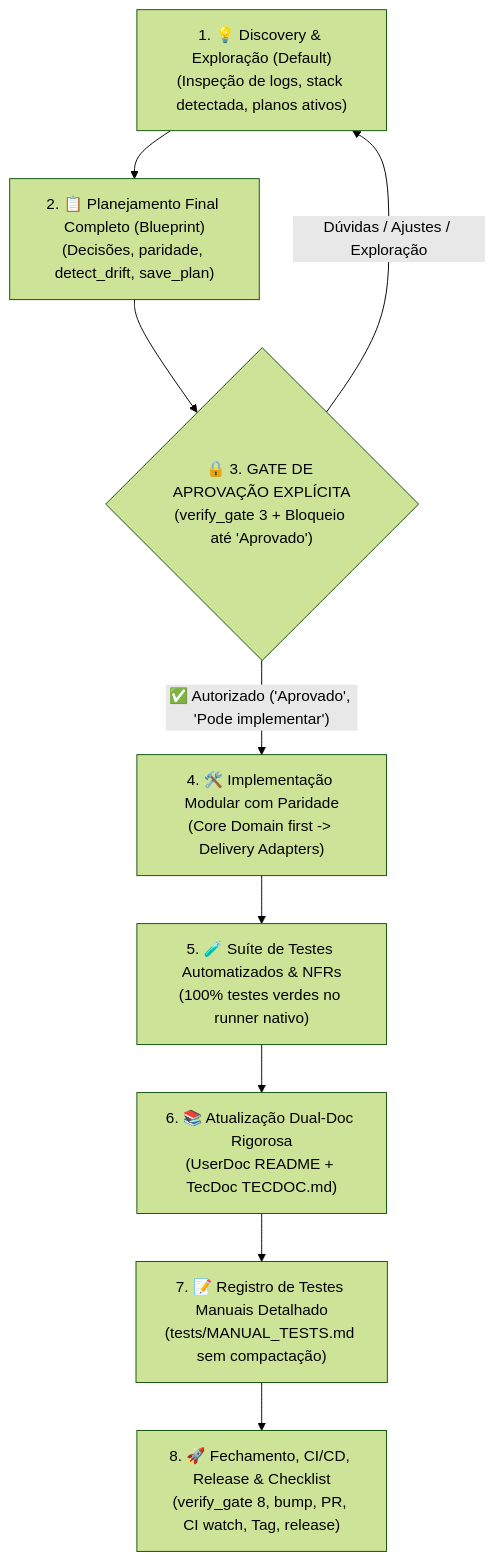
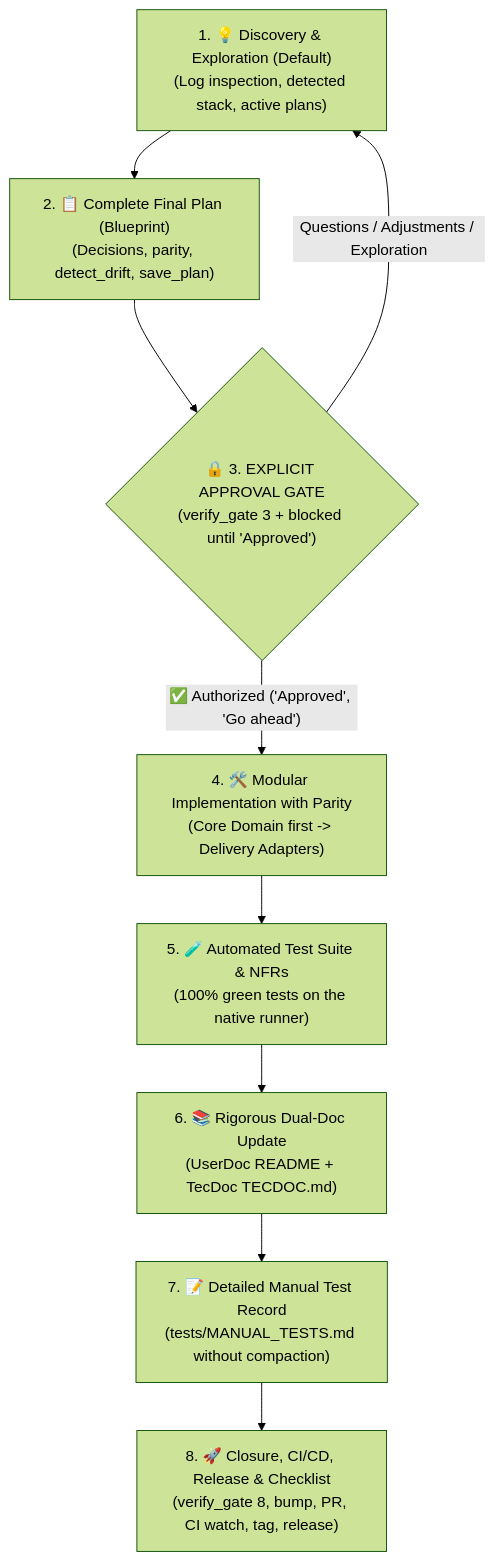
One commit to Levix-Digital/ai-code-agent-skills changed the diagram in dev-cycle-protocol/SKILL.md. Above: the diagram before and after it, drawn with Mermaid (forest theme). The commit also changed other lines of this file and 33 other files, not shown here.

````diff
--- a/dev-cycle-protocol/SKILL.md
+++ b/dev-cycle-protocol/SKILL.md
@@ -84,11 +86,11 @@
 ```mermaid
 graph TD
-    A["1. 💡 Discovery & Exploração (Default)<br/>(Inspeção de logs, stack detectada, planos ativos)"] --> B["2. 📋 Planejamento Final Completo (Blueprint)<br/>(Decisões, paridade, detect_drift, save_plan)"]
-    B --> C{"🔒 3. GATE DE APROVAÇÃO EXPLÍCITA<br/>(verify_gate 3 + Bloqueio até 'Aprovado')"}
-    C -- "Dúvidas / Ajustes / Exploração" --> A
-    C -- "✅ Autorizado ('Aprovado', 'Pode implementar')" --> D["4. 🛠️ Implementação Modular com Paridade<br/>(Core Domain first -> Delivery Adapters)"]
-    D --> E["5. 🧪 Suíte de Testes Automatizados & NFRs<br/>(100% testes verdes no runner nativo)"]
-    E --> F["6. 📚 Atualização Dual-Doc Rigorosa<br/>(UserDoc README + TecDoc TECDOC.md)"]
-    F --> G["7. 📝 Registro de Testes Manuais Detalhado<br/>(tests/MANUAL_TESTS.md sem compactação)"]
-    G --> H["8. 🚀 Fechamento, CI/CD, Release & Checklist<br/>(verify_gate 8, bump, PR, CI watch, Tag, release)"]
+    A["1. 💡 Discovery & Exploration (Default)<br/>(Log inspection, detected stack, active plans)"] --> B["2. 📋 Complete Final Plan (Blueprint)<br/>(Decisions, parity, detect_drift, save_plan)"]
+    B --> C{"🔒 3. EXPLICIT APPROVAL GATE<br/>(verify_gate 3 + blocked until 'Approved')"}
+    C -- "Questions / Adjustments / Exploration" --> A
+    C -- "✅ Authorized ('Approved', 'Go ahead')" --> D["4. 🛠️ Modular Implementation with Parity<br/>(Core Domain first -> Delivery Adapters)"]
+    D --> E["5. 🧪 Automated Test Suite & NFRs<br/>(100% green tests on the native runner)"]
+    E --> F["6. 📚 Rigorous Dual-Doc Update<br/>(UserDoc README + TecDoc TECDOC.md)"]
+    F --> G["7. 📝 Detailed Manual Test Record<br/>(tests/MANUAL_TESTS.md without compaction)"]
+    G --> H["8. 🚀 Closure, CI/CD, Release & Checklist<br/>(verify_gate 8, bump, PR, CI watch, tag, release)"]
 ```
````
